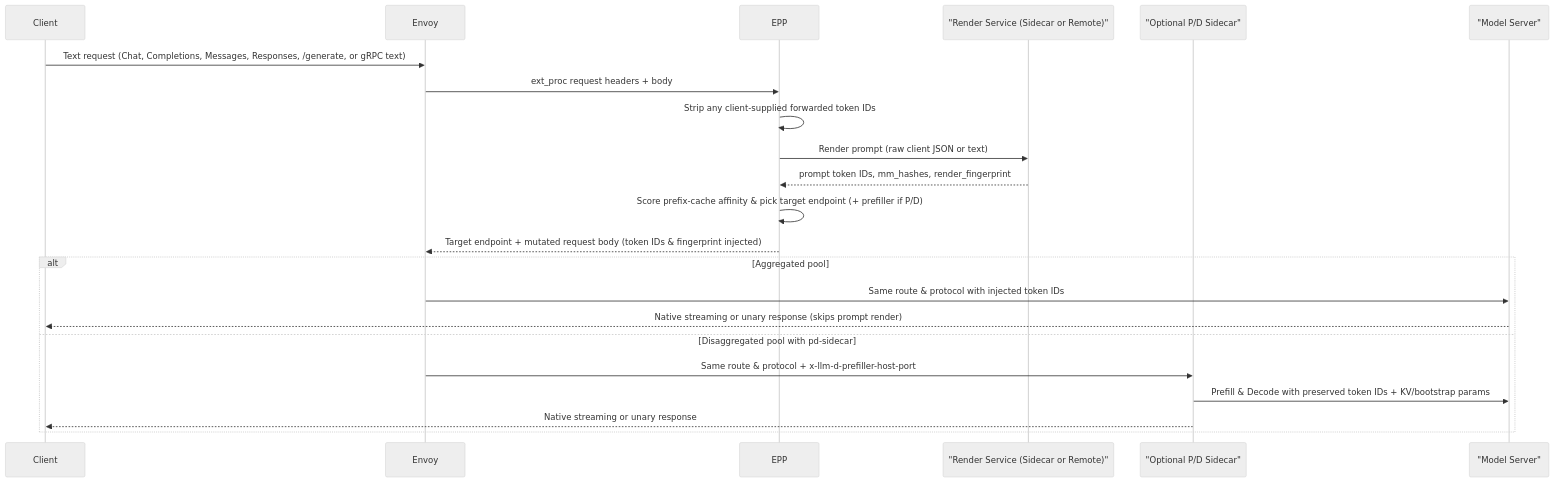
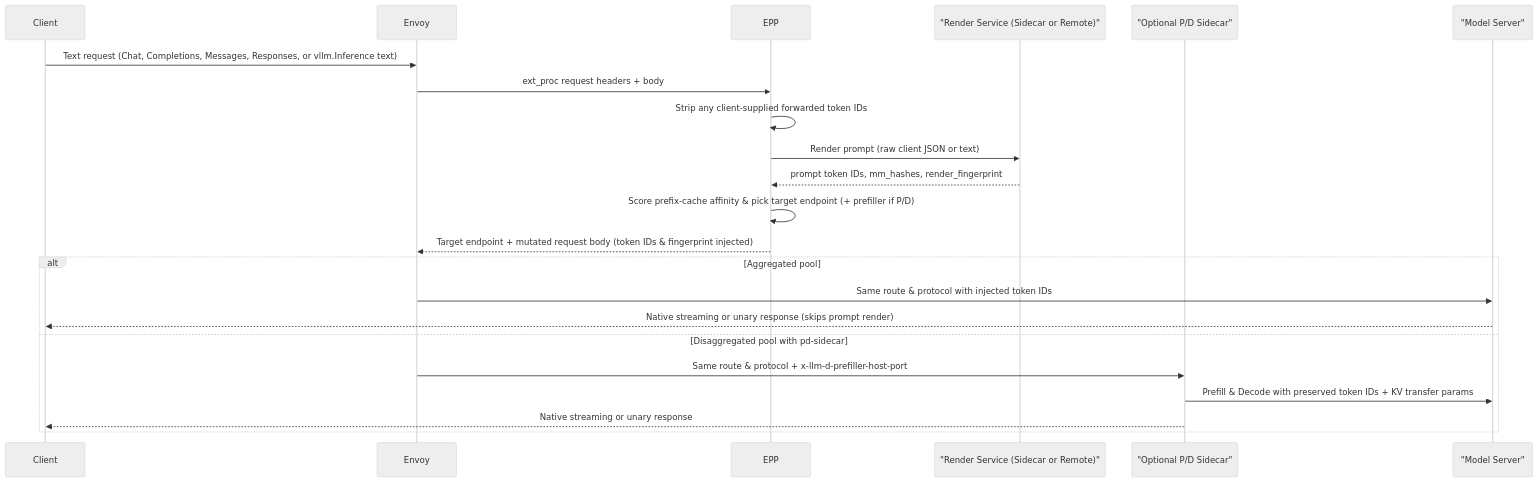
One commit to llm-d/llm-d-router changed the second of 2 diagrams in docs/tokenize-once-at-ingress.md. Above: the diagram before and after it, drawn with Mermaid (neutral theme). The commit also changed other lines of this file, not shown here.

````diff
--- a/docs/tokenize-once-at-ingress.md
+++ b/docs/tokenize-once-at-ingress.md
@@ -130,25 +146,25 @@
 ```mermaid
 sequenceDiagram
     participant C as Client
     participant E as Envoy
     participant P as EPP
     participant R as "Render Service (Sidecar or Remote)"
     participant SD as "Optional P/D Sidecar"
     participant S as "Model Server"
 
-    C->>E: Text request (Chat, Completions, Messages, Responses, /generate, or gRPC text)
+    C->>E: Text request (Chat, Completions, Messages, Responses, or vllm.Inference text)
     E->>P: ext_proc request headers + body
     P->>P: Strip any client-supplied forwarded token IDs
     P->>R: Render prompt (raw client JSON or text)
     R-->>P: prompt token IDs, mm_hashes, render_fingerprint
     P->>P: Score prefix-cache affinity & pick target endpoint (+ prefiller if P/D)
     P-->>E: Target endpoint + mutated request body (token IDs & fingerprint injected)
     alt Aggregated pool
         E->>S: Same route & protocol with injected token IDs
         S-->>C: Native streaming or unary response (skips prompt render)
     else Disaggregated pool with pd-sidecar
         E->>SD: Same route & protocol + x-llm-d-prefiller-host-port
-        SD->>S: Prefill & Decode with preserved token IDs + KV/bootstrap params
+        SD->>S: Prefill & Decode with preserved token IDs + KV transfer params
         SD-->>C: Native streaming or unary response
     end
 ```
````
